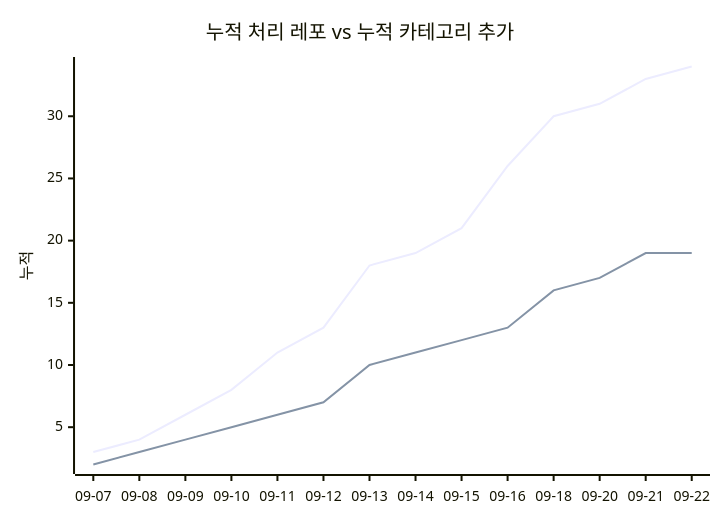
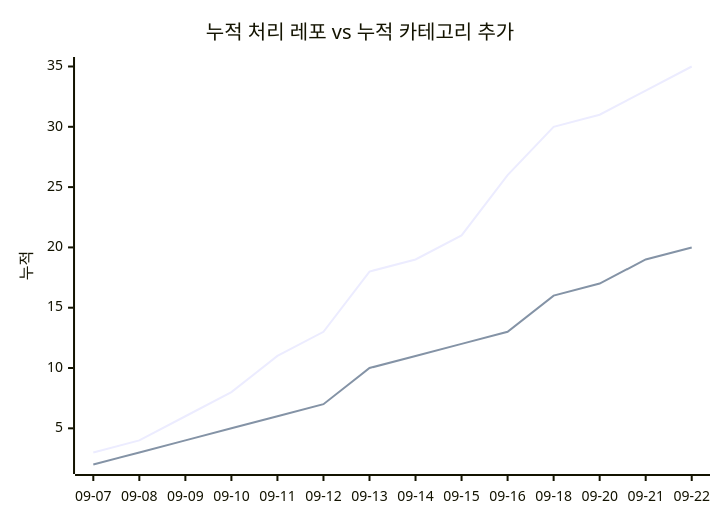
The second of 2 diagrams in docs/trends.md (J-nowcow/awesome-korean-agent-skills), drawn with Mermaid before and after one commit. The commit also changed other lines of this file and 4 other files, not shown here.

````diff
--- a/docs/trends.md
+++ b/docs/trends.md
@@ -68,8 +68,8 @@
 ```mermaid
 xychart-beta
     title "누적 처리 레포 vs 누적 카테고리 추가"
     x-axis ["09-07","09-08","09-09","09-10","09-11","09-12","09-13","09-14","09-15","09-16","09-18","09-20","09-21","09-22"]
     y-axis "누적"
-    line [3,4,6,8,11,13,18,19,21,26,30,31,33,34]
-    line [2,3,4,5,6,7,10,11,12,13,16,17,19,19]
+    line [3,4,6,8,11,13,18,19,21,26,30,31,33,35]
+    line [2,3,4,5,6,7,10,11,12,13,16,17,19,20]
 ```
````
